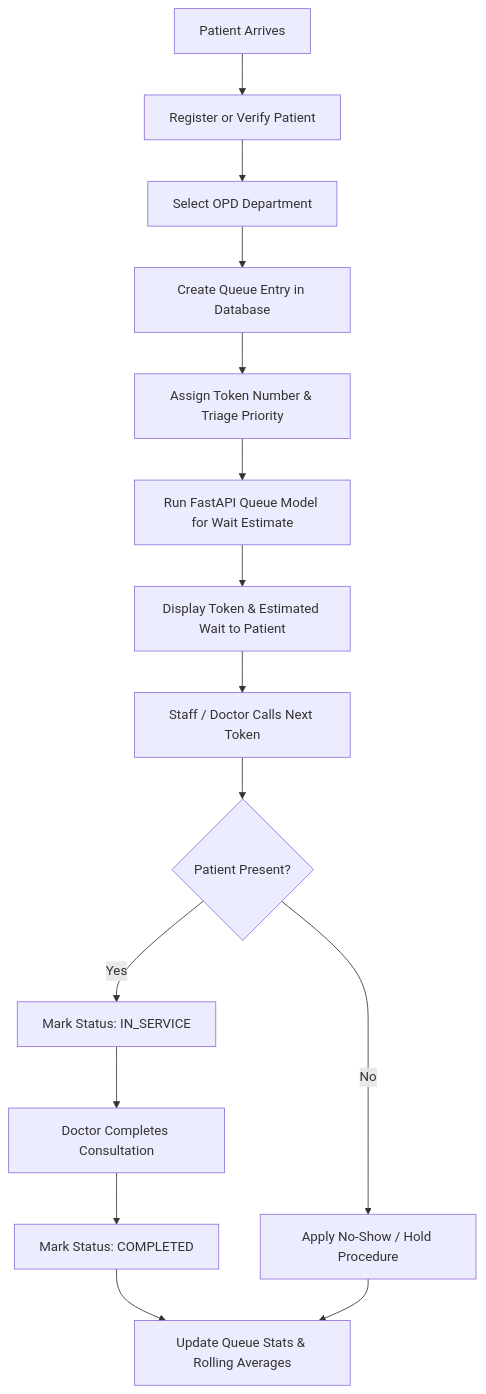
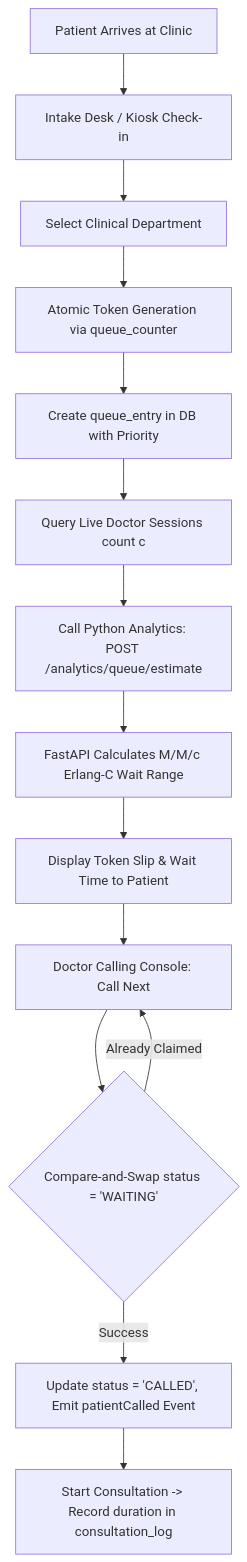
One commit to Ar1es-XD/AP-Project changed the third of 6 diagrams in documentation/Hospital_Management_System_Proposal.md. Above: the diagram before and after it, drawn with Mermaid. The commit also changed other lines of this file and 5 other files, not shown here.

Commit message:
docs: update proposal, build plan, and ER diagram to reflect redistributed plan and remove obsolete PDFs

````diff
--- a/documentation/Hospital_Management_System_Proposal.md
+++ b/documentation/Hospital_Management_System_Proposal.md
@@ -735,17 +404,16 @@
 ```mermaid
 flowchart TD
-    A[Patient Arrives] --> B[Register or Verify Patient]
-    B --> C[Select OPD Department]
-    C --> D[Create Queue Entry in Database]
-    D --> E[Assign Token Number & Triage Priority]
-    E --> F[Run FastAPI Queue Model for Wait Estimate]
-    F --> G[Display Token & Estimated Wait to Patient]
-    G --> H[Staff / Doctor Calls Next Token]
-    H --> I{Patient Present?}
-    I -->|Yes| J[Mark Status: IN_SERVICE]
-    J --> K[Doctor Completes Consultation]
-    K --> L[Mark Status: COMPLETED]
-    L --> M[Update Queue Stats & Rolling Averages]
-    I -->|No| N[Apply No-Show / Hold Procedure]
-    N --> M
+    A[Patient Arrives at Clinic] --> B[Intake Desk / Kiosk Check-in]
+    B --> C[Select Clinical Department]
+    C --> D[Atomic Token Generation via queue_counter]
+    D --> E[Create queue_entry in DB with Priority]
+    E --> F[Query Live Doctor Sessions count c]
+    F --> G[Call Python Analytics: POST /analytics/queue/estimate]
+    G --> H[FastAPI Calculates M/M/c Erlang-C Wait Range]
+    H --> I[Display Token Slip & Wait Time to Patient]
+    I --> J[Doctor Calling Console: Call Next]
+    J --> K{Compare-and-Swap status = 'WAITING'}
+    K -->|Success| L[Update status = 'CALLED', Emit patientCalled Event]
+    K -->|Already Claimed| J
+    L --> M[Start Consultation -> Record duration in consultation_log]
 ```
````
